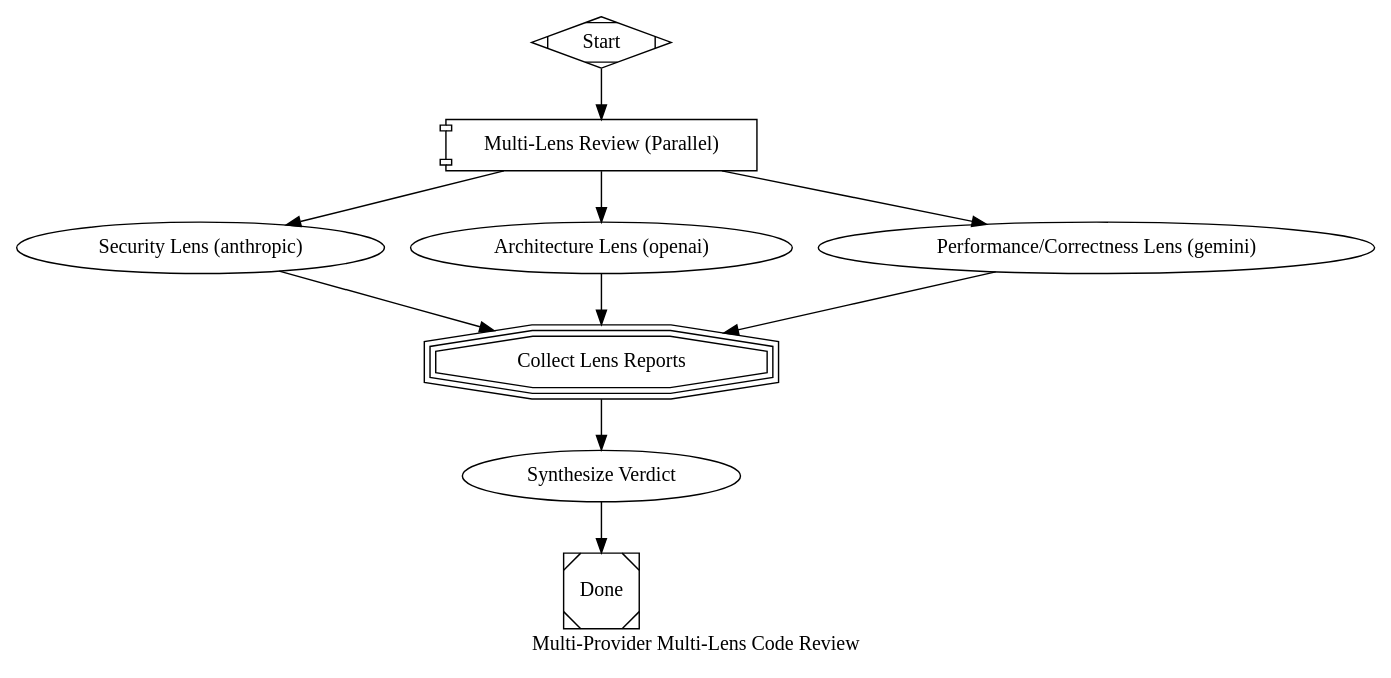
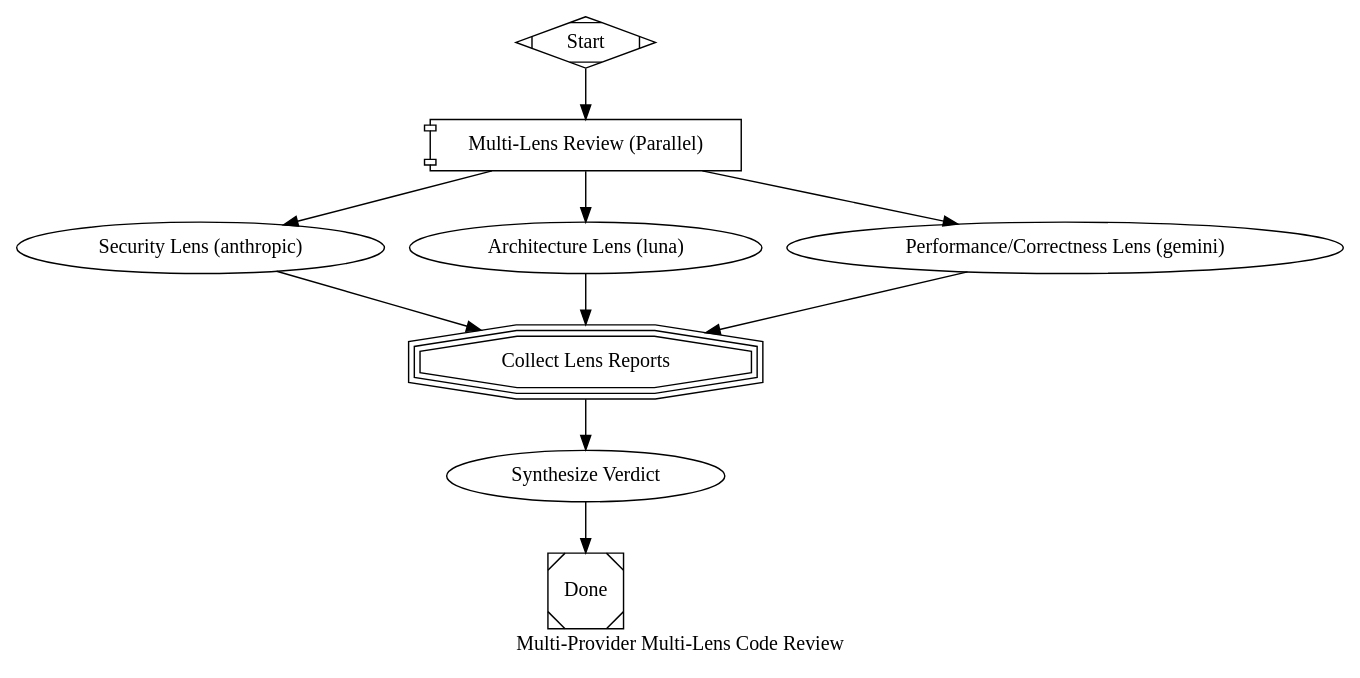
One commit to microsoft/amplifier-bundle-attractor changed the diagram in examples/pipelines/practical/multi-lens-review.dot. Above: the diagram before and after it, drawn with Graphviz. The commit also changed 7 other files, not shown here.

````diff
--- a/examples/pipelines/practical/multi-lens-review.dot
+++ b/examples/pipelines/practical/multi-lens-review.dot
@@ -1,84 +1,103 @@
 // multi-lens-review.dot -- Multi-PROVIDER, multi-LENS parallel code review.
 //
 // The idea: different model providers have different strengths, so instead of
 // asking one model to review everything, we fan out the SAME code to THREE
 // providers, each wearing a DIFFERENT review lens, then synthesize their
 // findings into one ranked verdict.
 //
 //   anthropic  -> SECURITY lens        (careful, safety-oriented reasoning)
-//   openai     -> ARCHITECTURE lens     (structured design / systems reasoning)
+//   luna       -> ARCHITECTURE lens     (structured design / systems reasoning)
+//                 -- an OpenAI-family provider INSTANCE, not the bare `openai`
+//                    module; see the node's own comment for why
 //   gemini     -> PERFORMANCE/CORRECTNESS lens (fast, broad pattern matching)
 //
 // The provider<->lens mapping is illustrative and meant to be tuned to taste --
 // the point is that each branch pins its own `llm_provider`, so each lens runs
 // on a genuinely different model. (Per-node provider routing is what makes this
 // work; see loop-agent's per-node llm_provider selection.)
 //
 // This example is self-contained: it reviews a small flawed snippet embedded in
 // each branch, so it runs via `pipeline-run` with no repo or file dependencies.
 // To review real code, replace the embedded snippet with a `prepare` step that
 // loads a diff (see pr-review.dot) and have each lens review the shared context.
 
 digraph MultiLensReview {
     graph [
         goal="Review the code under review from three independent lenses, each on a different provider, then synthesize one ranked verdict.",
         label="Multi-Provider Multi-Lens Code Review",
         // Default for any unpinned `box` node (prepare/synthesize). Each lens
         // branch overrides llm_provider inline to fan out across providers.
         model_stylesheet="box { llm_provider: anthropic }",
         default_fidelity="full",
         default_thread_id="multi-lens-review"
     ]
 
     start [shape=Mdiamond, label="Start"]
     done  [shape=Msquare,  label="Done"]
 
     // Stage 1: Fan out the review across providers x lenses.
     review_fanout [
         shape=component,
         label="Multi-Lens Review (Parallel)",
         join_policy="wait_all",     // wait for every lens
         error_policy="continue",    // one lens failing must not abort the others
         max_parallel=3
     ]
 
     // --- Lens 1: SECURITY on anthropic ---------------------------------------
     review_security [
         label="Security Lens (anthropic)",
         llm_provider="anthropic",
         prompt="## Lens: SECURITY\nReview the code below ONLY for security issues: injection (SQL/command), auth bypasses, hardcoded secrets/credentials, insecure defaults, sensitive-data exposure. For each finding give a severity (critical/high/medium/low) and the offending line. Ignore style and performance -- another reviewer covers those.\n\nCode under review:\n```python\ndef get_user_orders(db, user_id):\n    query = \"SELECT * FROM orders WHERE user_id = \" + str(user_id)\n    orders = db.execute(query)\n    result = []\n    for o in orders:\n        user = db.execute(\"SELECT * FROM users WHERE id = \" + str(o.user_id))\n        for x in orders:\n            if x.product == o.product:\n                o.dupe = True\n    api_key = \"sk-live-1234567890abcdef\"\n    return result\n```"
     ]
 
-    // --- Lens 2: ARCHITECTURE on openai --------------------------------------
+    // --- Lens 2: ARCHITECTURE on the OpenAI family, via the `luna` instance ---
+    // WHY AN INSTANCE ID AND AN EXPLICIT MODEL. This lens used to declare
+    // `llm_provider="openai"` with no llm_model, which reads as "any OpenAI
+    // model" but is not: with no llm_model the engine falls to its
+    // per-provider default pattern, and for `openai` that pattern is
+    // `gpt-5.*[0-9]` (loop-pipeline backend.py). So the node was an invisible,
+    // LIVE gpt-5 pin -- a model choice no reader of this file could see.
+    // Standing repo policy (owner, 2026-09-07) is that gpt-5 is not a live
+    // choice: address a `-terra` or `-luna` provider INSTANCE instead. `luna`
+    // is an instance of provider-openai, so this lens is still a genuinely
+    // different family from the anthropic and gemini lenses beside it.
+    // The model id is CONCRETE because an instance id has no catalog adapter
+    // to resolve a glob against -- see 06-model-stylesheet.dot's header.
+    // Running this without a `luna` instance in your Amplifier settings? The
+    // run refuses at startup naming this node (it never silently substitutes).
+    // Swap in whatever instance your host does configure -- `amplifier
+    // provider list` -- and set llm_model to that instance's own model id.
     review_architecture [
-        label="Architecture Lens (openai)",
-        llm_provider="openai",
+        label="Architecture Lens (luna)",
+        llm_provider="luna",
+        llm_model="gpt-5.6-luna",
         prompt="## Lens: ARCHITECTURE\nReview the code below ONLY for design/architecture issues: separation of concerns, coupling, single-responsibility, abstraction boundaries, testability, dependency handling. For each finding name the principle violated and the offending line. Ignore security and micro-performance -- other reviewers cover those.\n\nCode under review:\n```python\ndef get_user_orders(db, user_id):\n    query = \"SELECT * FROM orders WHERE user_id = \" + str(user_id)\n    orders = db.execute(query)\n    result = []\n    for o in orders:\n        user = db.execute(\"SELECT * FROM users WHERE id = \" + str(o.user_id))\n        for x in orders:\n            if x.product == o.product:\n                o.dupe = True\n    api_key = \"sk-live-1234567890abcdef\"\n    return result\n```"
     ]
 
     // --- Lens 3: PERFORMANCE/CORRECTNESS on gemini ---------------------------
     review_perf [
         label="Performance/Correctness Lens (gemini)",
         llm_provider="gemini",
         prompt="## Lens: PERFORMANCE & CORRECTNESS\nReview the code below ONLY for performance and correctness bugs: N+1 query patterns, O(n^2) or worse loops, redundant work, and outright logic bugs (e.g. results that are computed but never used/returned). For each finding give the complexity/impact and the offending line. Ignore security and style -- other reviewers cover those.\n\nCode under review:\n```python\ndef get_user_orders(db, user_id):\n    query = \"SELECT * FROM orders WHERE user_id = \" + str(user_id)\n    orders = db.execute(query)\n    result = []\n    for o in orders:\n        user = db.execute(\"SELECT * FROM users WHERE id = \" + str(o.user_id))\n        for x in orders:\n            if x.product == o.product:\n                o.dupe = True\n    api_key = \"sk-live-1234567890abcdef\"\n    return result\n```"
     ]
 
     // Stage 2: Fan in -- collect all three lens reports.
     reviews_join [shape=tripleoctagon, label="Collect Lens Reports"]
 
     // Stage 3: Synthesize into one ranked verdict (back on the default provider).
     synthesize [
         label="Synthesize Verdict",
         prompt="You are given three independent code reviews of the SAME snippet, each from a different lens (security, architecture, performance/correctness) produced by a different model provider. Synthesize them into ONE ranked verdict:\n(1) MUST-FIX (security holes, correctness bugs),\n(2) SHOULD-FIX (performance),\n(3) CONSIDER (architecture/design).\nNote explicitly where the reviewers AGREE and where they CONFLICT or only one caught something -- that cross-provider signal is the value of the panel.",
         goal_gate=true
     ]
 
     start -> review_fanout
     review_fanout -> review_security
     review_fanout -> review_architecture
     review_fanout -> review_perf
     review_security     -> reviews_join
     review_architecture -> reviews_join
     review_perf         -> reviews_join
     reviews_join -> synthesize -> done
 }
````
